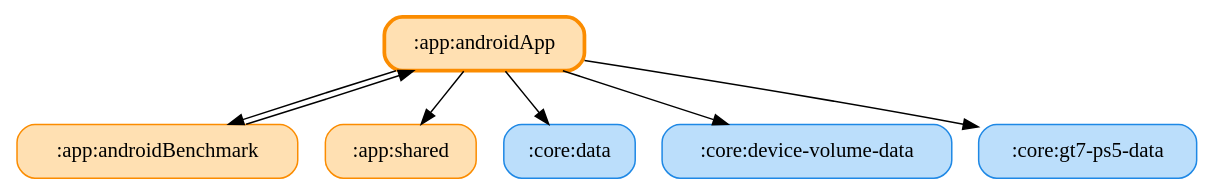
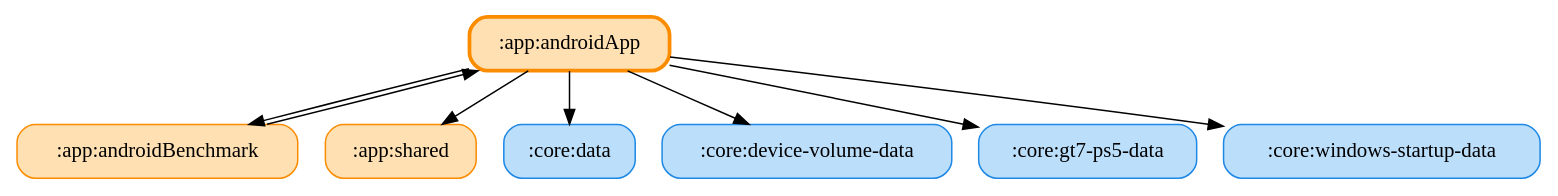
Before and after one commit to ai-kurou/KoDriver: the diagram in docs/graphs/app-androidApp.gv, drawn with Graphviz. The commit also changed 7 other files, not shown here.

Commit message:
chore: update module graph images

```diff
--- a/docs/graphs/app-androidApp.gv
+++ b/docs/graphs/app-androidApp.gv
@@ -1,16 +1,18 @@
 digraph G {
   rankdir=TB
   node [shape=box, style="rounded,filled"]
   ":app:androidApp" [fillcolor="#FFE0B2", color="#FB8C00", penwidth=2.5]
   ":app:androidBenchmark" [fillcolor="#FFE0B2", color="#FB8C00", penwidth=1]
   ":app:shared" [fillcolor="#FFE0B2", color="#FB8C00", penwidth=1]
   ":core:data" [fillcolor="#BBDEFB", color="#1E88E5", penwidth=1]
   ":core:device-volume-data" [fillcolor="#BBDEFB", color="#1E88E5", penwidth=1]
   ":core:gt7-ps5-data" [fillcolor="#BBDEFB", color="#1E88E5", penwidth=1]
+  ":core:windows-startup-data" [fillcolor="#BBDEFB", color="#1E88E5", penwidth=1]
   ":app:androidApp" -> ":app:shared"
   ":app:androidApp" -> ":app:androidBenchmark"
   ":app:androidApp" -> ":core:data"
   ":app:androidApp" -> ":core:gt7-ps5-data"
   ":app:androidApp" -> ":core:device-volume-data"
+  ":app:androidApp" -> ":core:windows-startup-data"
   ":app:androidBenchmark" -> ":app:androidApp"
 }
```
